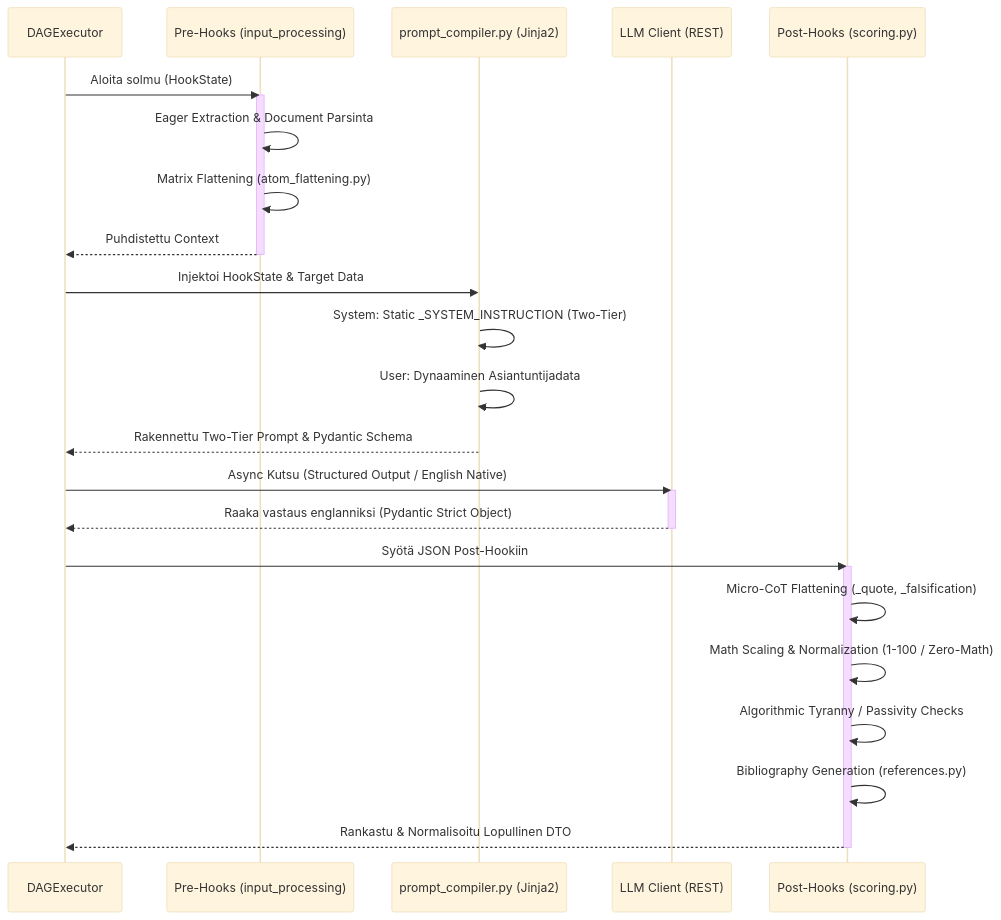
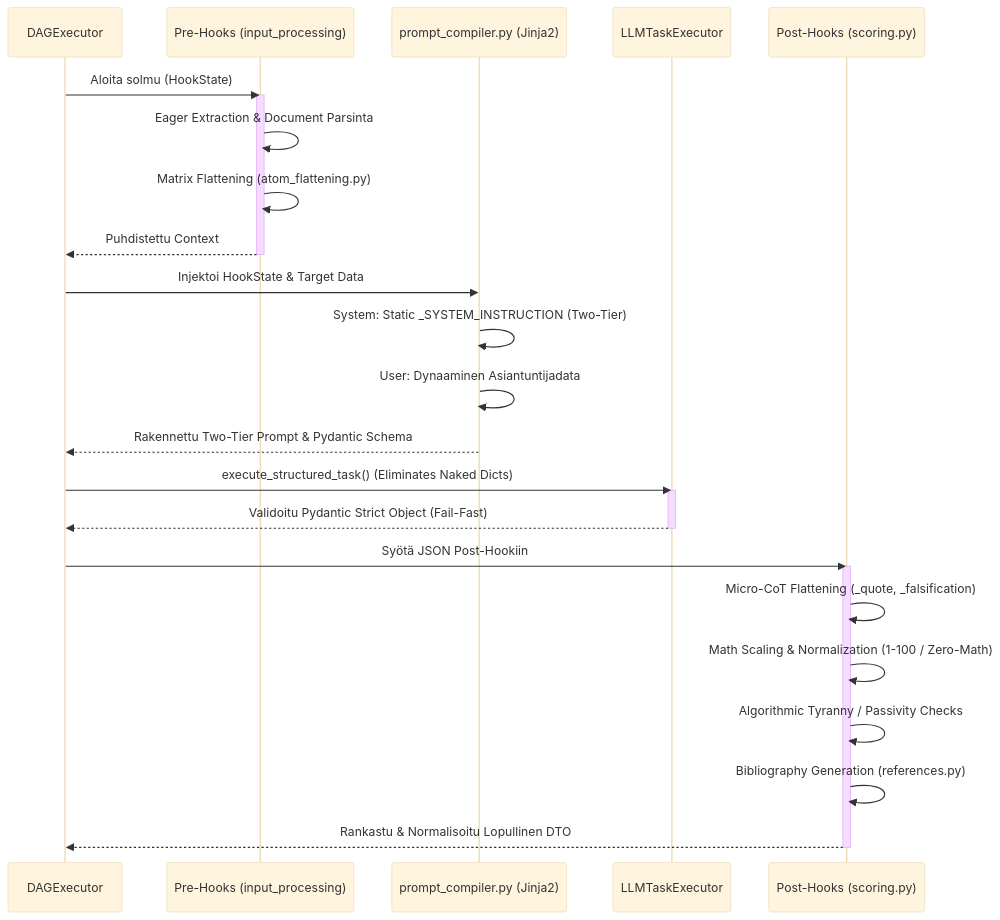
Before and after one commit to launis/quorum: the diagram in docs/architecture/04_hooks_and_llm.md, drawn with Mermaid (base theme). The commit also changed other lines of this file and 9 other files, not shown here.

Commit message:
docs: add comprehensive Flutter desktop-first architecture and development standards documentation

````diff
--- a/docs/architecture/04_hooks_and_llm.md
+++ b/docs/architecture/04_hooks_and_llm.md
@@ -9,34 +9,34 @@
 ```mermaid
 sequenceDiagram
     participant Dag as DAGExecutor
     participant Pre as Pre-Hooks (input_processing)
     participant Compiler as prompt_compiler.py (Jinja2)
-    participant LLM as LLM Client (REST)
+    participant Executor as LLMTaskExecutor
     participant Post as Post-Hooks (scoring.py)
 
     Dag->>Pre: Aloita solmu (HookState)
     activate Pre
     Pre->>Pre: Eager Extraction & Document Parsinta
     Pre->>Pre: Matrix Flattening (atom_flattening.py)
     Pre-->>Dag: Puhdistettu Context
     deactivate Pre
     
     Dag->>Compiler: Injektoi HookState & Target Data
     Compiler->>Compiler: System: Static _SYSTEM_INSTRUCTION (Two-Tier)
     Compiler->>Compiler: User: Dynaaminen Asiantuntijadata
     Compiler-->>Dag: Rakennettu Two-Tier Prompt & Pydantic Schema
 
-    Dag->>LLM: Async Kutsu (Structured Output / English Native)
-    activate LLM
-    LLM-->>Dag: Raaka vastaus englanniksi (Pydantic Strict Object)
-    deactivate LLM
+    Dag->>Executor: execute_structured_task() (Eliminates Naked Dicts)
+    activate Executor
+    Executor-->>Dag: Validoitu Pydantic Strict Object (Fail-Fast)
+    deactivate Executor
     
     Dag->>Post: Syötä JSON Post-Hookiin
     activate Post
     Post->>Post: Micro-CoT Flattening (_quote, _falsification)
     Post->>Post: Math Scaling & Normalization (1-100 / Zero-Math)
     Post->>Post: Algorithmic Tyranny / Passivity Checks
     Post->>Post: Bibliography Generation (references.py)
     Post-->>Dag: Rankastu & Normalisoitu Lopullinen DTO
     deactivate Post
 ```
````
